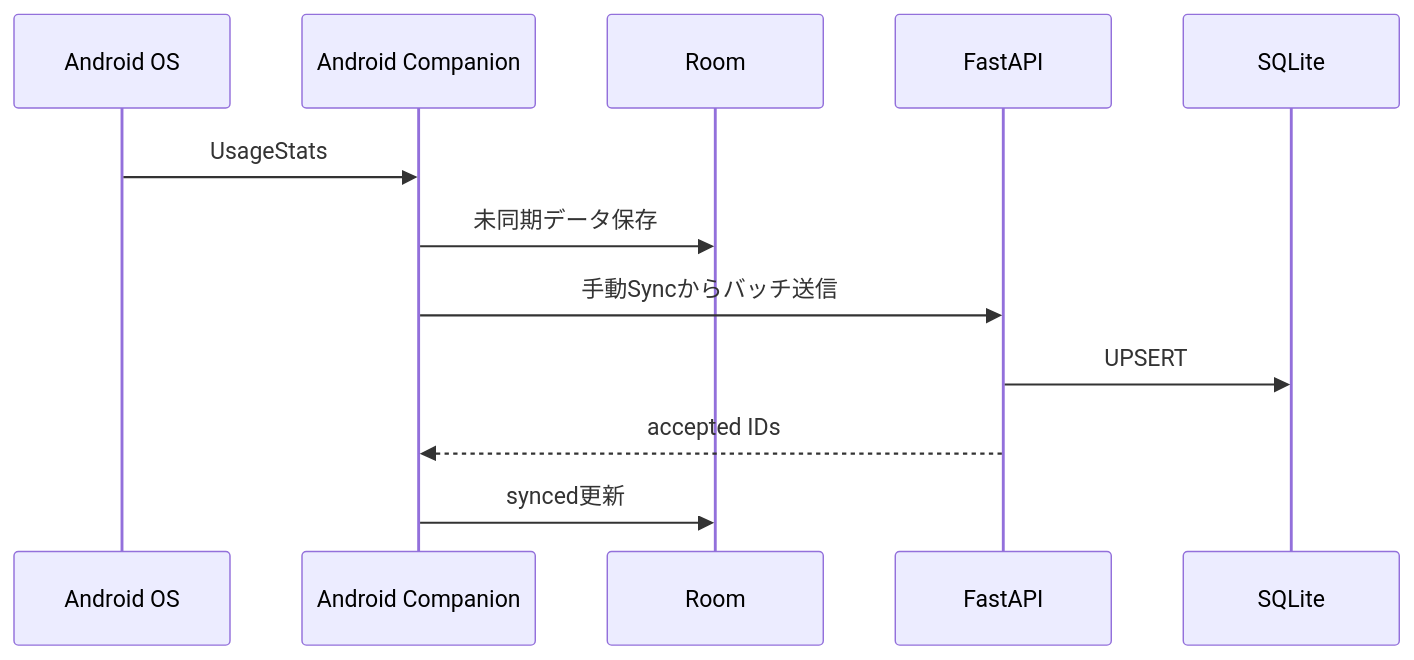
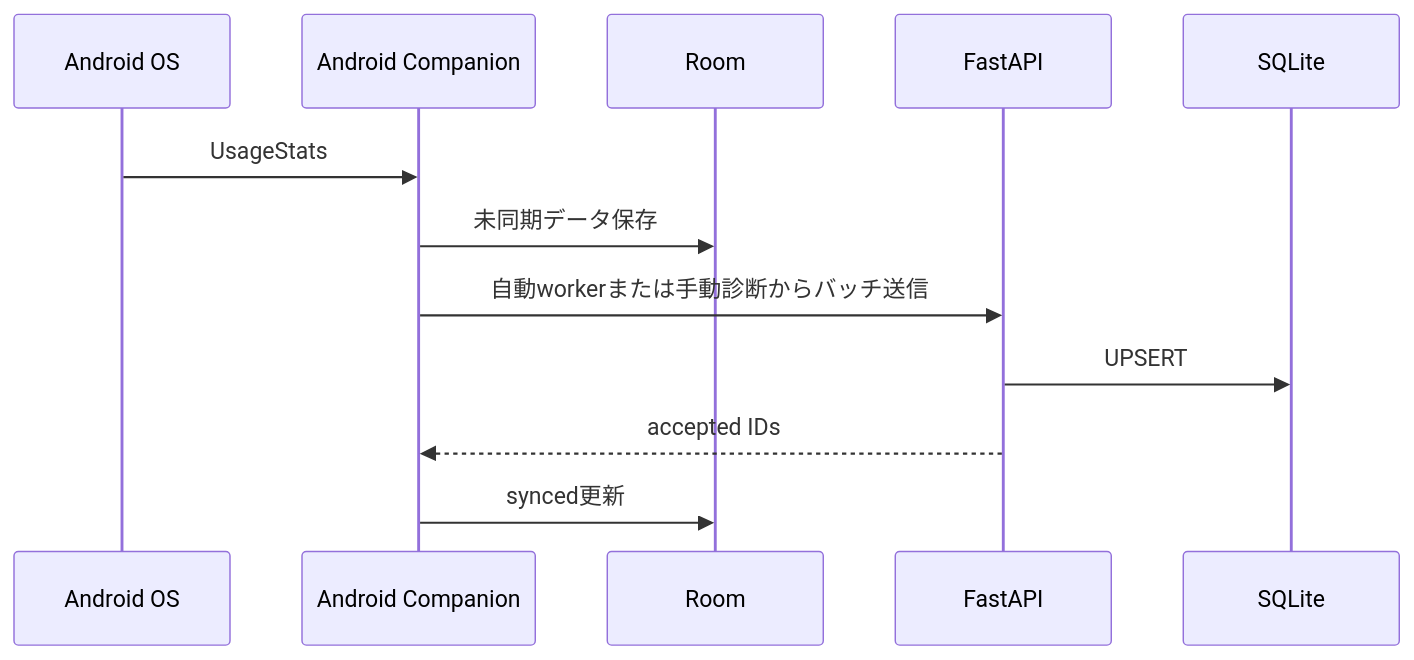
Before and after one commit to Megane14916/life-timeline: the second of 3 diagrams in docs/architecture.md, drawn with Mermaid. The commit also changed other lines of this file and 6 other files, not shown here.

````diff
--- a/docs/architecture.md
+++ b/docs/architecture.md
@@ -206,15 +206,15 @@
 ```mermaid
 sequenceDiagram
     participant OS as Android OS
     participant App as Android Companion
     participant Room
     participant PC as FastAPI
     participant DB as SQLite
 
     OS->>App: UsageStats
     App->>Room: 未同期データ保存
-    App->>PC: 手動Syncからバッチ送信
+    App->>PC: 自動workerまたは手動診断からバッチ送信
     PC->>DB: UPSERT
     PC-->>App: accepted IDs
     App->>Room: synced更新
 ```
````
